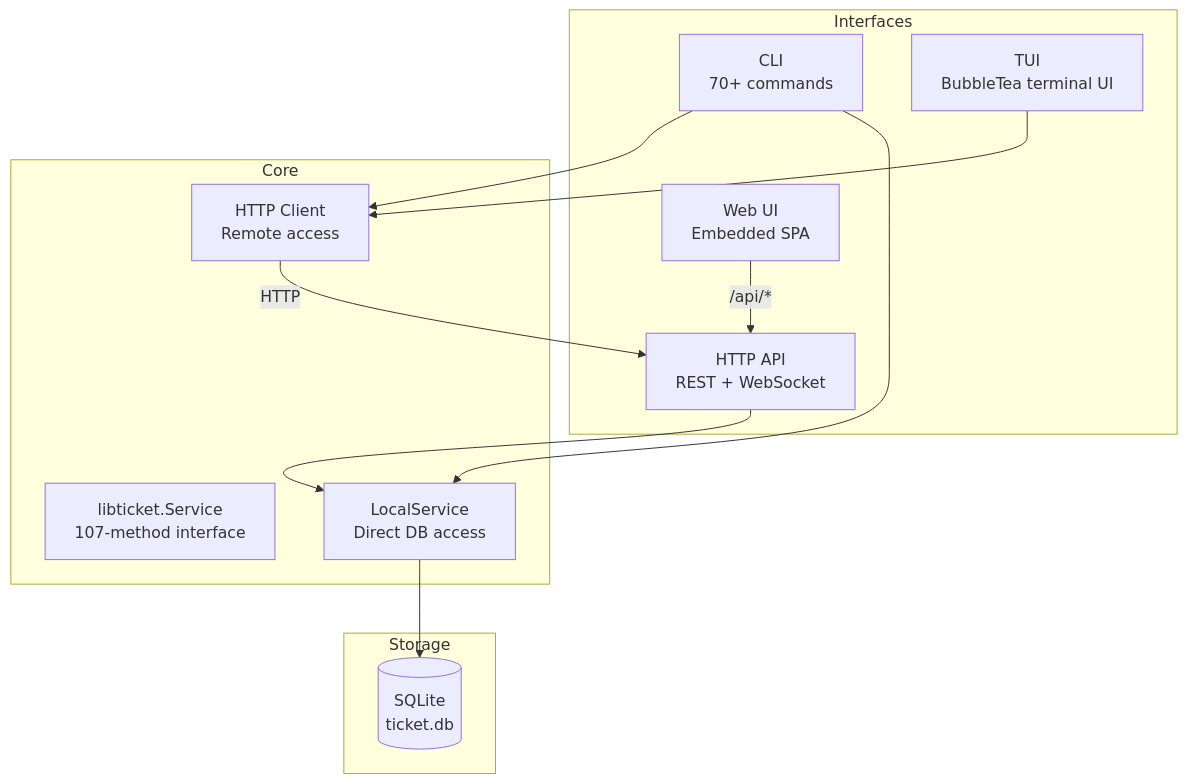
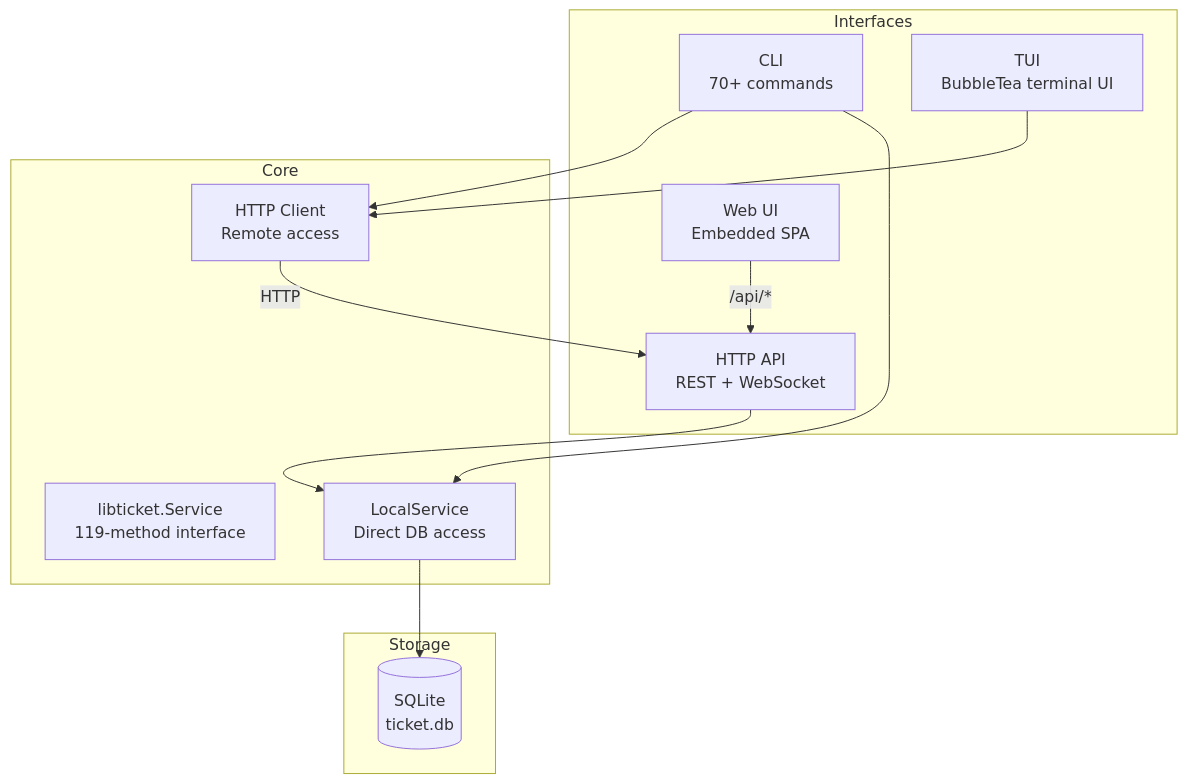
One commit to simonski/ticket changed the first of 9 diagrams in README.md. Above: the diagram before and after it, drawn with Mermaid. The commit also changed other lines of this file and 142 other files, not shown here.

````diff
--- a/README.md
+++ b/README.md
@@ -199,27 +191,27 @@
 ```mermaid
 graph TB
     subgraph Interfaces
         CLI["CLI<br/>70+ commands"]
         TUI["TUI<br/>BubbleTea terminal UI"]
         WEB["Web UI<br/>Embedded SPA"]
         API["HTTP API<br/>REST + WebSocket"]
     end
 
     subgraph Core
-        SVC["libticket.Service<br/>107-method interface"]
+        SVC["libticket.Service<br/>119-method interface"]
         LOCAL["LocalService<br/>Direct DB access"]
         REMOTE["HTTP Client<br/>Remote access"]
     end
 
     subgraph Storage
         DB[(SQLite<br/>ticket.db)]
     end
 
     CLI --> LOCAL
     CLI --> REMOTE
     TUI --> REMOTE
     WEB -->|"/api/*"| API
     API --> LOCAL
     REMOTE -->|"HTTP"| API
     LOCAL --> DB
 ```
````
